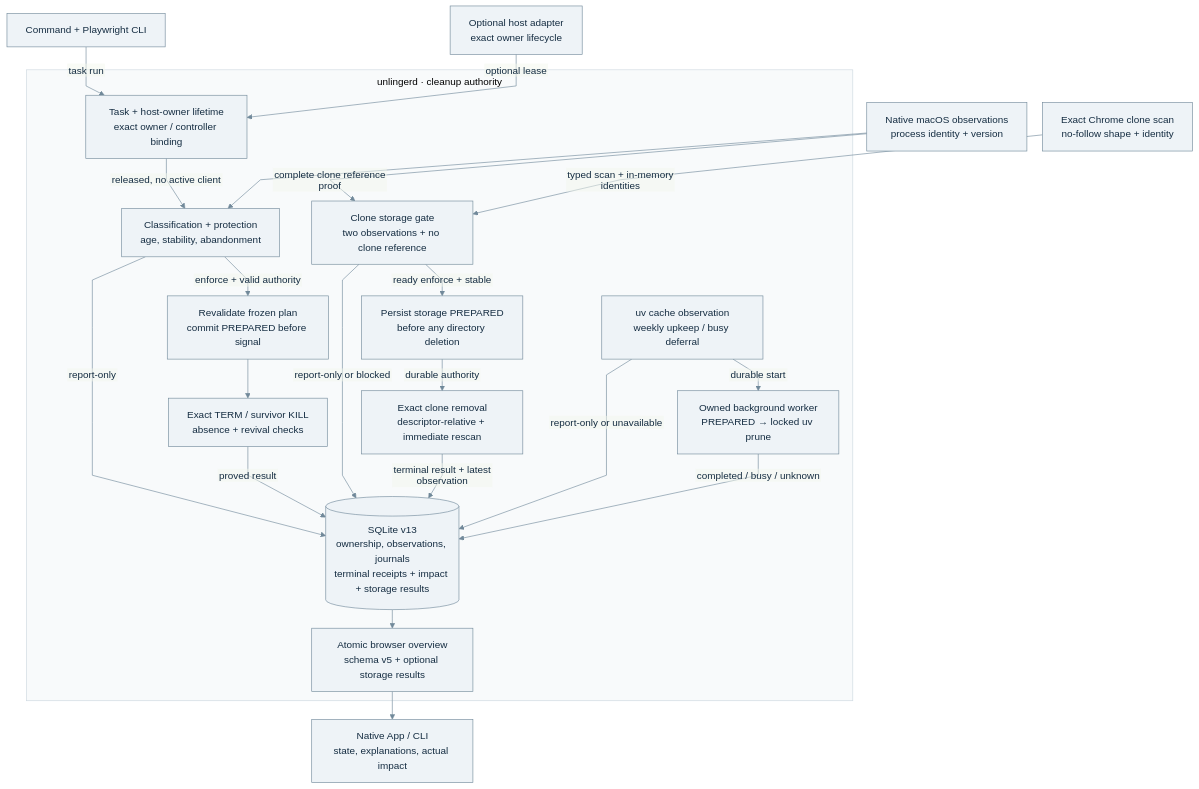
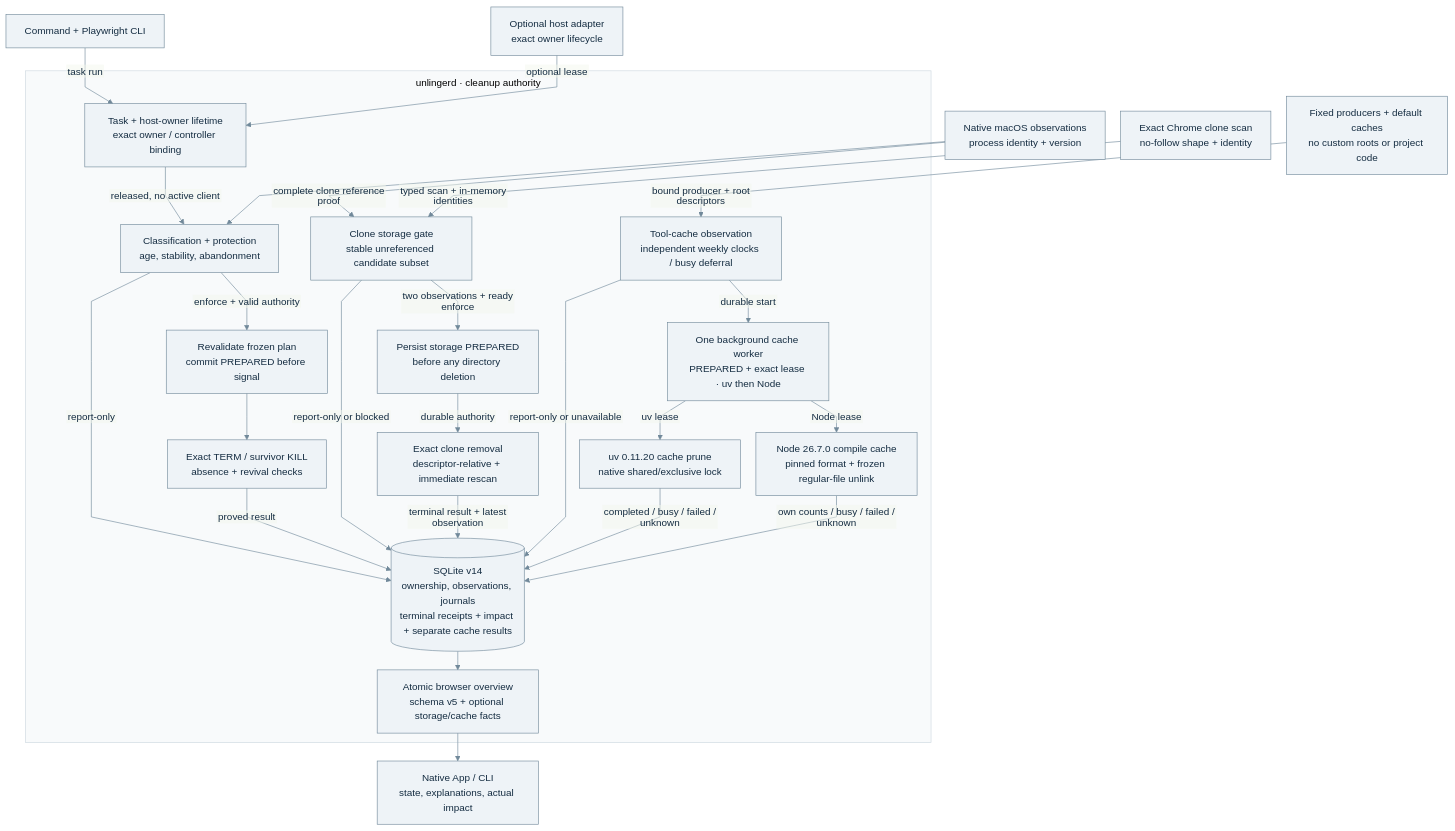
One commit to IndelibleVivi/unlinger changed the diagram in docs/architecture.mmd. Above: the diagram before and after it, drawn with Mermaid. The commit also changed 42 other files, not shown here.

Commit message:
add automatic Node compile-cache maintenance

```diff
--- a/docs/architecture.mmd
+++ b/docs/architecture.mmd
@@ -1,39 +1,46 @@
 %% Current source execution map; bilingual evidence map in ARCHITECTURE.md.
 %%{init: {"theme": "base", "fontFamily": "Arial, sans-serif", "themeVariables": {"fontFamily": "Arial, sans-serif", "fontSize": "16px", "primaryColor": "#eef3f7", "primaryTextColor": "#152d42", "primaryBorderColor": "#71899a", "lineColor": "#71899a", "clusterBkg": "#f8fafb", "clusterBorder": "#ccd7df"}, "flowchart": {"htmlLabels": false, "curve": "linear", "nodeSpacing": 25, "rankSpacing": 30, "subGraphTitleMargin": {"top": 8, "bottom": 18}}}}%%
 flowchart TB
   command["Command + Playwright CLI"]
   host["Optional host adapter<br/>exact owner lifecycle"]
   native["Native macOS observations<br/>process identity + version"]
   residue["Exact Chrome clone scan<br/>no-follow shape + identity"]
+  cache_sources["Fixed producers + default caches<br/>no custom roots or project code"]
   subgraph daemon["unlingerd · cleanup authority"]
     lifetime["Task + host-owner lifetime<br/>exact owner / controller binding"]
     gates["Classification + protection<br/>age, stability, abandonment"]
     plan["Revalidate frozen plan<br/>commit PREPARED before signal"]
     proof["Exact TERM / survivor KILL<br/>absence + revival checks"]
-    residue_gate["Clone storage gate<br/>two observations + no clone reference"]
+    residue_gate["Clone storage gate<br/>stable unreferenced candidate subset"]
     residue_prepare["Persist storage PREPARED<br/>before any directory deletion"]
     residue_delete["Exact clone removal<br/>descriptor-relative + immediate rescan"]
-    cache_gate["uv cache observation<br/>weekly upkeep / busy deferral"]
-    cache_gc["Owned background worker<br/>PREPARED → locked uv prune"]
-    store[("SQLite v13<br/>ownership, observations, journals<br/>terminal receipts + impact + storage results")]
-    overview["Atomic browser overview<br/>schema v5 + optional storage results"]
+    cache_gate["Tool-cache observation<br/>independent weekly clocks / busy deferral"]
+    cache_gc["One background cache worker<br/>PREPARED + exact lease · uv then Node"]
+    cache_uv["uv 0.11.20 cache prune<br/>native shared/exclusive lock"]
+    cache_node["Node 26.7.0 compile cache<br/>pinned format + frozen regular-file unlink"]
+    store[("SQLite v14<br/>ownership, observations, journals<br/>terminal receipts + impact + separate cache results")]
+    overview["Atomic browser overview<br/>schema v5 + optional storage/cache facts"]
     lifetime -->|released, no active client| gates
     gates -->|report-only| store
     gates -->|enforce + valid authority| plan
     plan --> proof
     proof -->|proved result| store
     residue_gate -->|report-only or blocked| store
-    residue_gate -->|ready enforce + stable| residue_prepare
+    residue_gate -->|two observations + ready enforce| residue_prepare
     residue_prepare -->|durable authority| residue_delete
     residue_delete -->|terminal result + latest observation| store
     cache_gate -->|report-only or unavailable| store
     cache_gate -->|durable start| cache_gc
-    cache_gc -->|completed / busy / unknown| store
+    cache_gc -->|uv lease| cache_uv
+    cache_gc -->|Node lease| cache_node
+    cache_uv -->|completed / busy / failed / unknown| store
+    cache_node -->|own counts / busy / failed / unknown| store
     store --> overview
   end
   command -->|task run| lifetime
   host -->|optional lease| lifetime
   native --> gates
   native -->|complete clone reference proof| residue_gate
   residue -->|typed scan + in-memory identities| residue_gate
+  cache_sources -->|bound producer + root descriptors| cache_gate
   overview --> app["Native App / CLI<br/>state, explanations, actual impact"]
```
